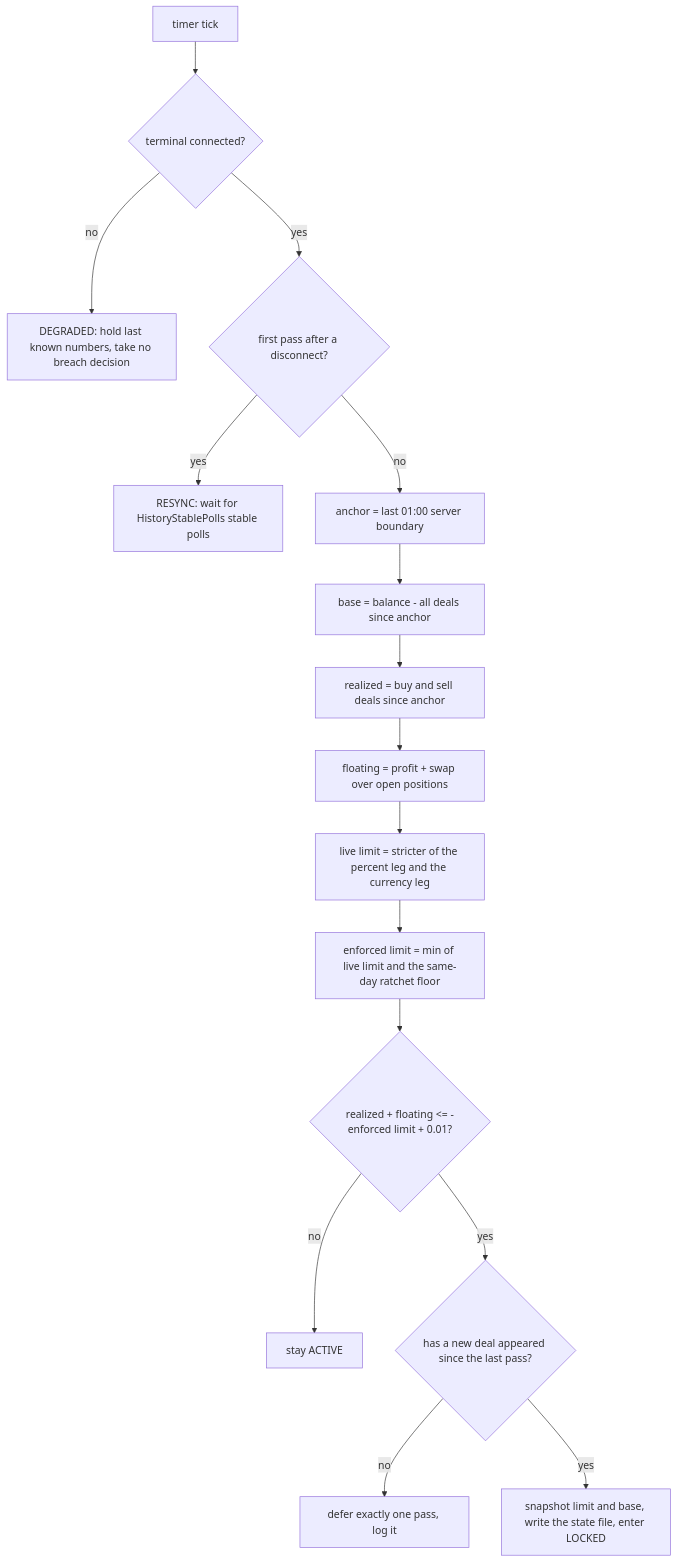
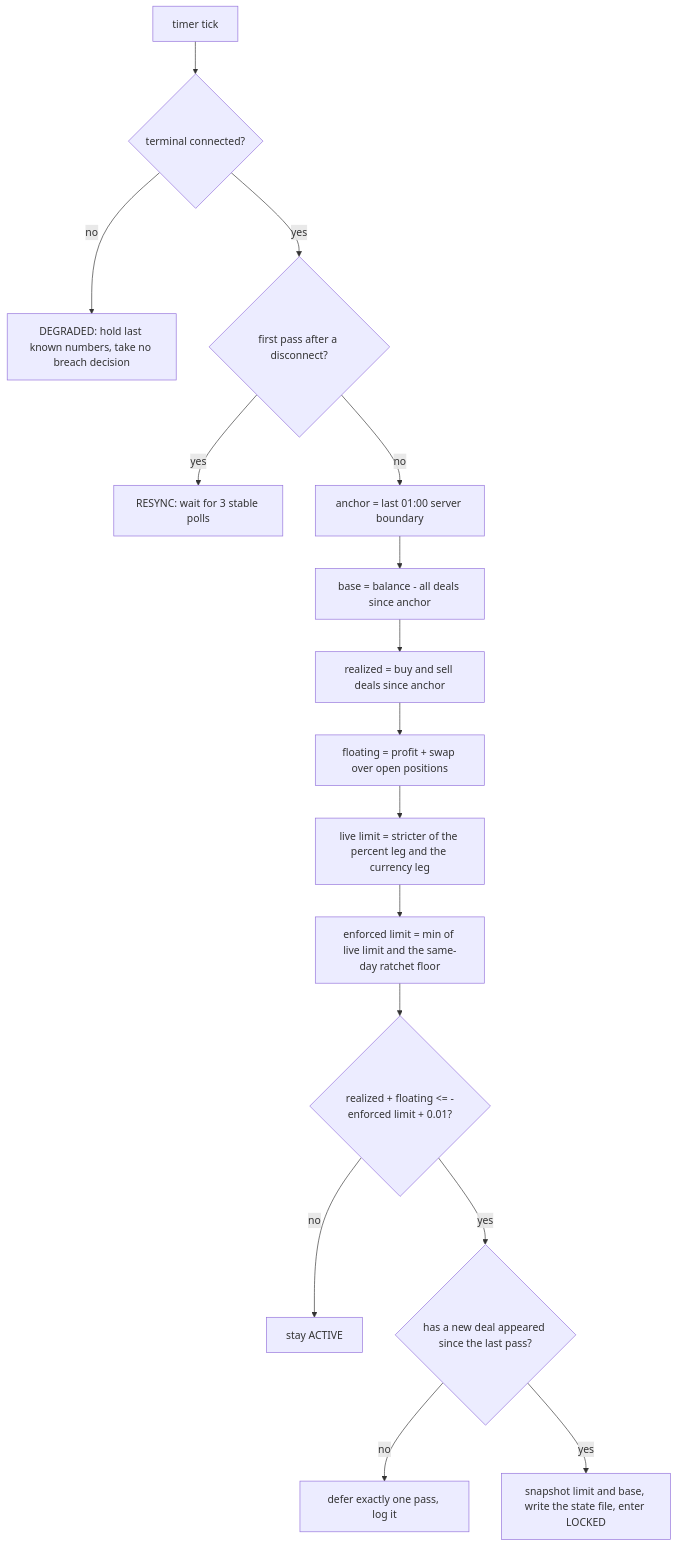
The second of 4 diagrams in README.md (www8351/Account_Guardian), drawn with Mermaid before and after one commit. The commit also changed other lines of this file and 18 other files, not shown here.

````diff
--- a/README.md
+++ b/README.md
@@ -79,18 +79,18 @@
 ```mermaid
 flowchart TD
     T[timer tick] --> C{terminal connected?}
     C -- no --> D[DEGRADED: hold last known numbers, take no breach decision]
     C -- yes --> R{first pass after a disconnect?}
-    R -- yes --> S[RESYNC: wait for HistoryStablePolls stable polls]
+    R -- yes --> S[RESYNC: wait for 3 stable polls]
     R -- no --> A[anchor = last 01:00 server boundary]
     A --> B[base = balance - all deals since anchor]
     B --> RE[realized = buy and sell deals since anchor]
     RE --> F[floating = profit + swap over open positions]
     F --> L[live limit = stricter of the percent leg and the currency leg]
     L --> RT[enforced limit = min of live limit and the same-day ratchet floor]
     RT --> Q{realized + floating <= -enforced limit + 0.01?}
     Q -- no --> K[stay ACTIVE]
     Q -- yes --> N{has a new deal appeared since the last pass?}
     N -- no --> DF[defer exactly one pass, log it]
     N -- yes --> LK[snapshot limit and base, write the state file, enter LOCKED]
 ```
````
